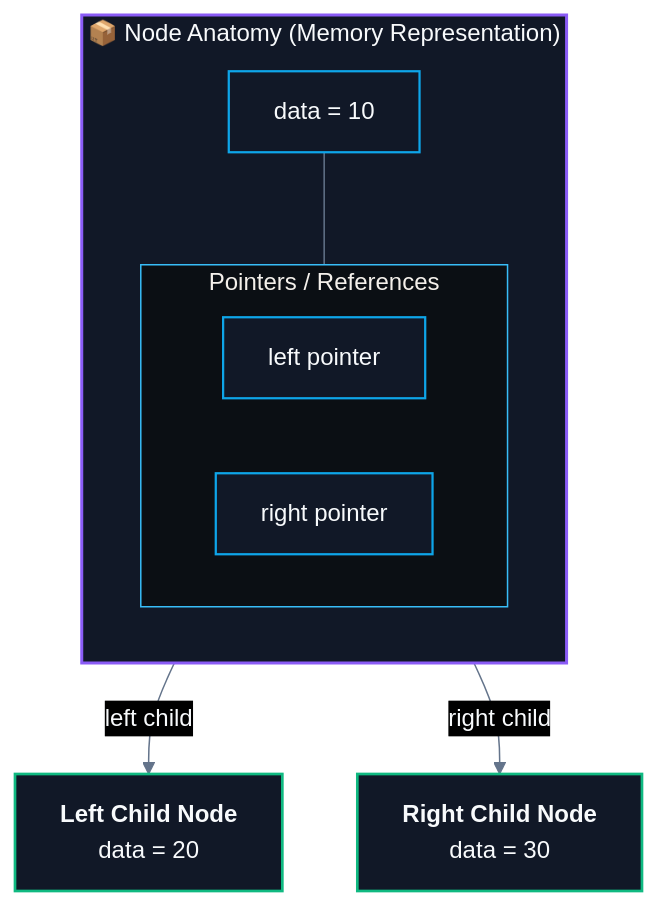
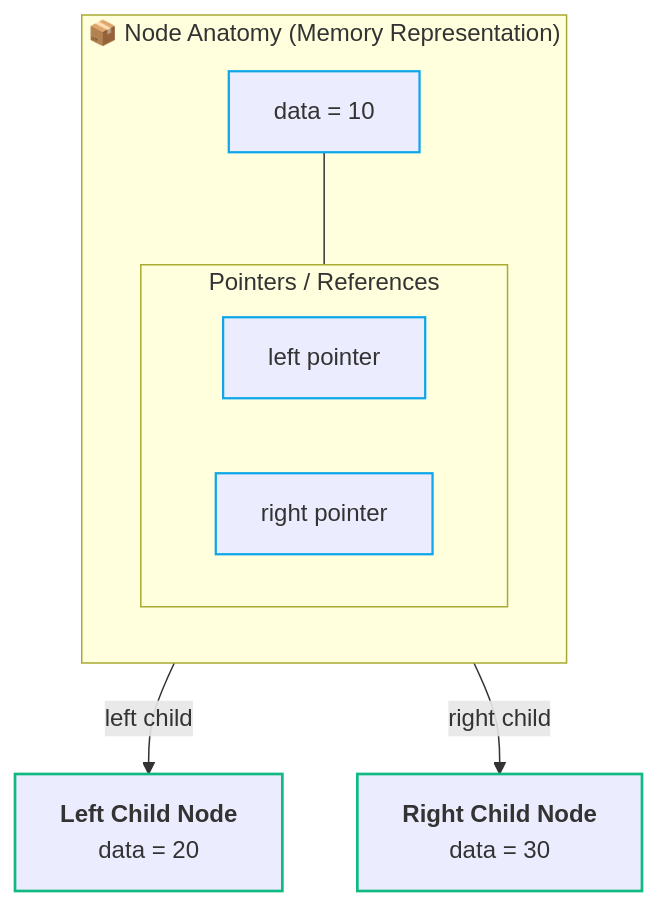
One commit to abhinavbharti2345/CS_Notes changed the third of 8 diagrams in CS/DSA/07. Trees & BSTs/01. Binary Tree Fundamentals.md. Above: the diagram before and after it, drawn with Mermaid. The commit also changed other lines of this file and 91 other files, not shown here.

````diff
--- a/CS/DSA/07. Trees & BSTs/01. Binary Tree Fundamentals.md
+++ b/CS/DSA/07. Trees & BSTs/01. Binary Tree Fundamentals.md
@@ -100,24 +98,22 @@
 ```mermaid
-%%{init: {'theme': 'base', 'themeVariables': { 'darkMode': true, 'background': '#0B0F14', 'mainBkg': '#111827', 'primaryColor': '#111827', 'primaryTextColor': '#F8FAFC', 'primaryBorderColor': '#38BDF8', 'lineColor': '#64748B', 'secondaryColor': '#0B0F14', 'tertiaryColor': '#0B0F14', 'clusterBkg': '#0B0F14', 'clusterBorder': '#38BDF8' }}}%%
 flowchart TD
     subgraph Node ["📦 Node Anatomy (Memory Representation)"]
         direction TB
         Data["data = 10"]
         subgraph Ptrs ["Pointers / References"]
             direction LR
             Left["left pointer"]
             Right["right pointer"]
         end
         Data --- Ptrs
     end
 
     Left -->|left child| LChild["<b>Left Child Node</b><br/>data = 20"]
     Right -->|right child| RChild["<b>Right Child Node</b><br/>data = 30"]
 
-    classDef nodeBox fill:#111827,stroke:#8b5cf6,stroke-width:2px,color:#F8FAFC;
-    classDef field fill:#111827,stroke:#0ea5e9,stroke-width:1.5px,color:#F8FAFC;
-    classDef child fill:#111827,stroke:#10b981,stroke-width:1.8px,color:#F8FAFC;
-    class Node nodeBox;
+    classDef nodeBox stroke:#8b5cf6,stroke-width:2px;
+    classDef field stroke:#0ea5e9,stroke-width:1.5px;
+    classDef child stroke:#10b981,stroke-width:1.8px;
     class Data,Left,Right field;
     class LChild,RChild child;
 ```
````
